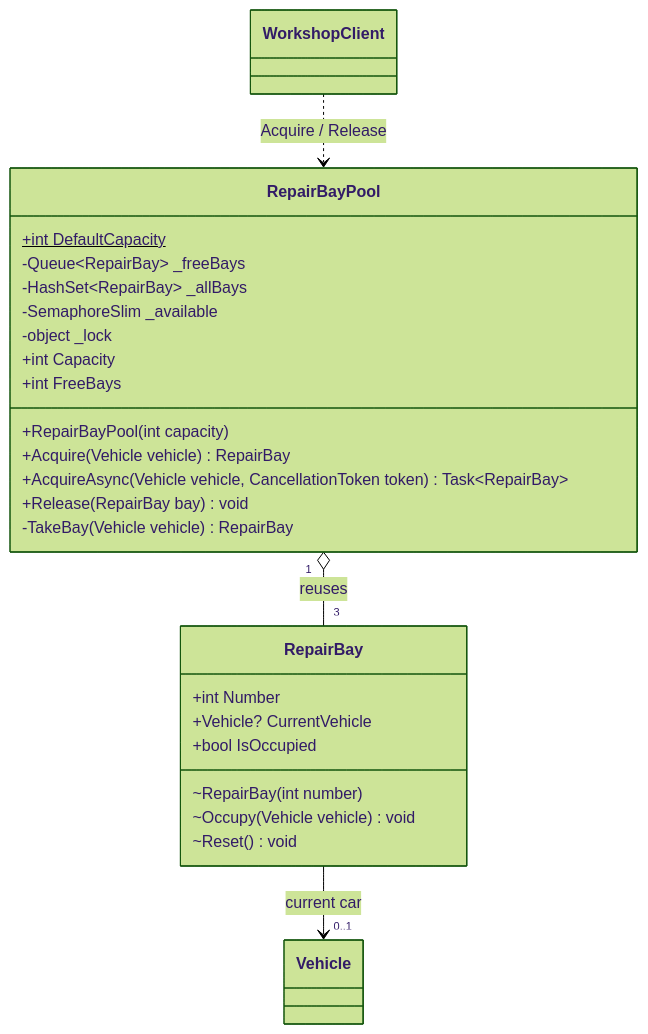
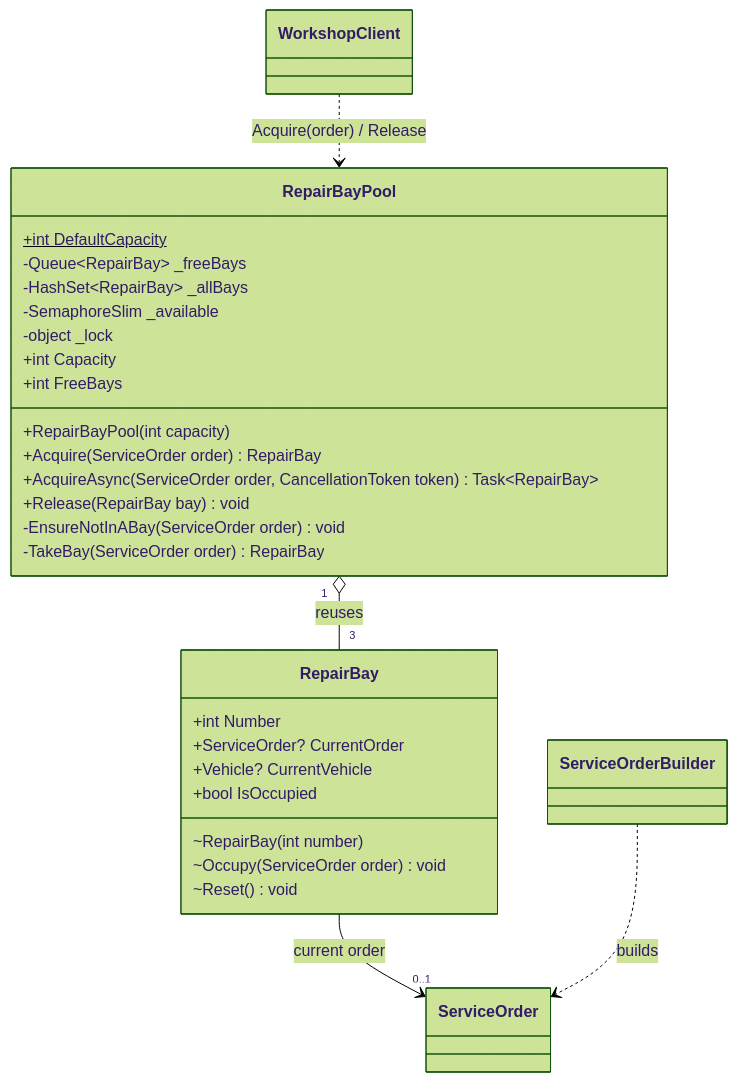
One commit to mihaizastinceanu/TMPS changed the sixth of 6 diagrams in README.md. Above: the diagram before and after it, drawn with Mermaid (forest theme). The commit also changed other lines of this file and 4 other files, not shown here.

Commit message:
Lab 1: Integrate Object Pool with service orders

````diff
--- a/README.md
+++ b/README.md
@@ -413,31 +414,35 @@
 ```mermaid
 classDiagram
     class RepairBayPool {
         +int DefaultCapacity$
         -Queue~RepairBay~ _freeBays
         -HashSet~RepairBay~ _allBays
         -SemaphoreSlim _available
         -object _lock
         +RepairBayPool(int capacity)
         +int Capacity
         +int FreeBays
-        +Acquire(Vehicle vehicle) RepairBay
-        +AcquireAsync(Vehicle vehicle, CancellationToken token) Task~RepairBay~
+        +Acquire(ServiceOrder order) RepairBay
+        +AcquireAsync(ServiceOrder order, CancellationToken token) Task~RepairBay~
         +Release(RepairBay bay) void
-        -TakeBay(Vehicle vehicle) RepairBay
+        -EnsureNotInABay(ServiceOrder order) void
+        -TakeBay(ServiceOrder order) RepairBay
     }
     class RepairBay {
         +int Number
+        +ServiceOrder? CurrentOrder
         +Vehicle? CurrentVehicle
         +bool IsOccupied
         ~RepairBay(int number)
-        ~Occupy(Vehicle vehicle) void
+        ~Occupy(ServiceOrder order) void
         ~Reset() void
     }
-    class Vehicle
+    class ServiceOrder
+    class ServiceOrderBuilder
     class WorkshopClient
 
     RepairBayPool "1" o-- "3" RepairBay : reuses
-    RepairBay --> "0..1" Vehicle : current car
-    WorkshopClient ..> RepairBayPool : Acquire / Release
+    RepairBay --> "0..1" ServiceOrder : current order
+    ServiceOrderBuilder ..> ServiceOrder : builds
+    WorkshopClient ..> RepairBayPool : Acquire(order) / Release
 ```
````
